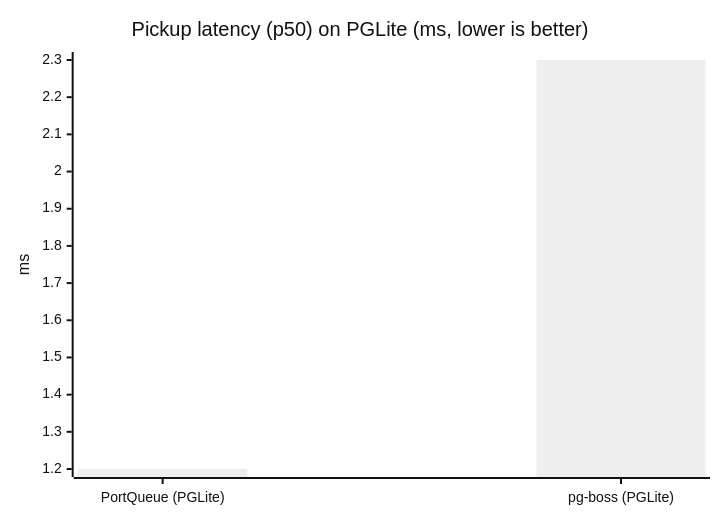
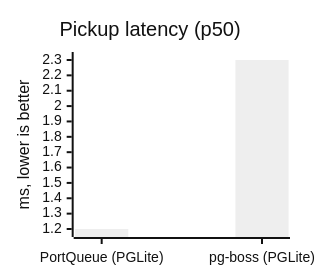
The third of 3 diagrams in README.md (episclera/portqueue), drawn with Mermaid (neutral theme) before and after one commit. The commit also changed other lines of this file and 2 other files, not shown here.

Commit message:
docs(readme): one row of small benchmark charts, homepage feature list, contributing before license

````diff
--- a/README.md
+++ b/README.md
@@ -82,7 +88,8 @@
 ```mermaid
+%%{init: {"xyChart": {"width": 280, "height": 260}}}%%
 xychart-beta
-    title "Pickup latency (p50) on PGLite (ms, lower is better)"
+    title "Pickup latency (p50)"
     x-axis ["PortQueue (PGLite)", "pg-boss (PGLite)"]
-    y-axis "ms"
+    y-axis "ms, lower is better"
     bar [1.2, 2.3]
 ```
````
